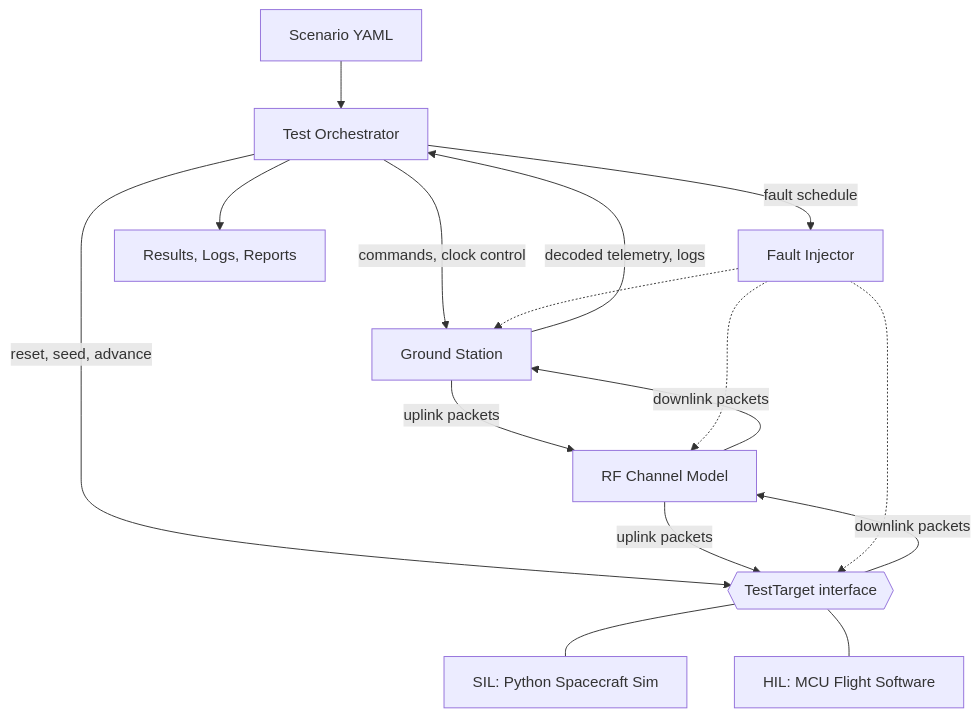
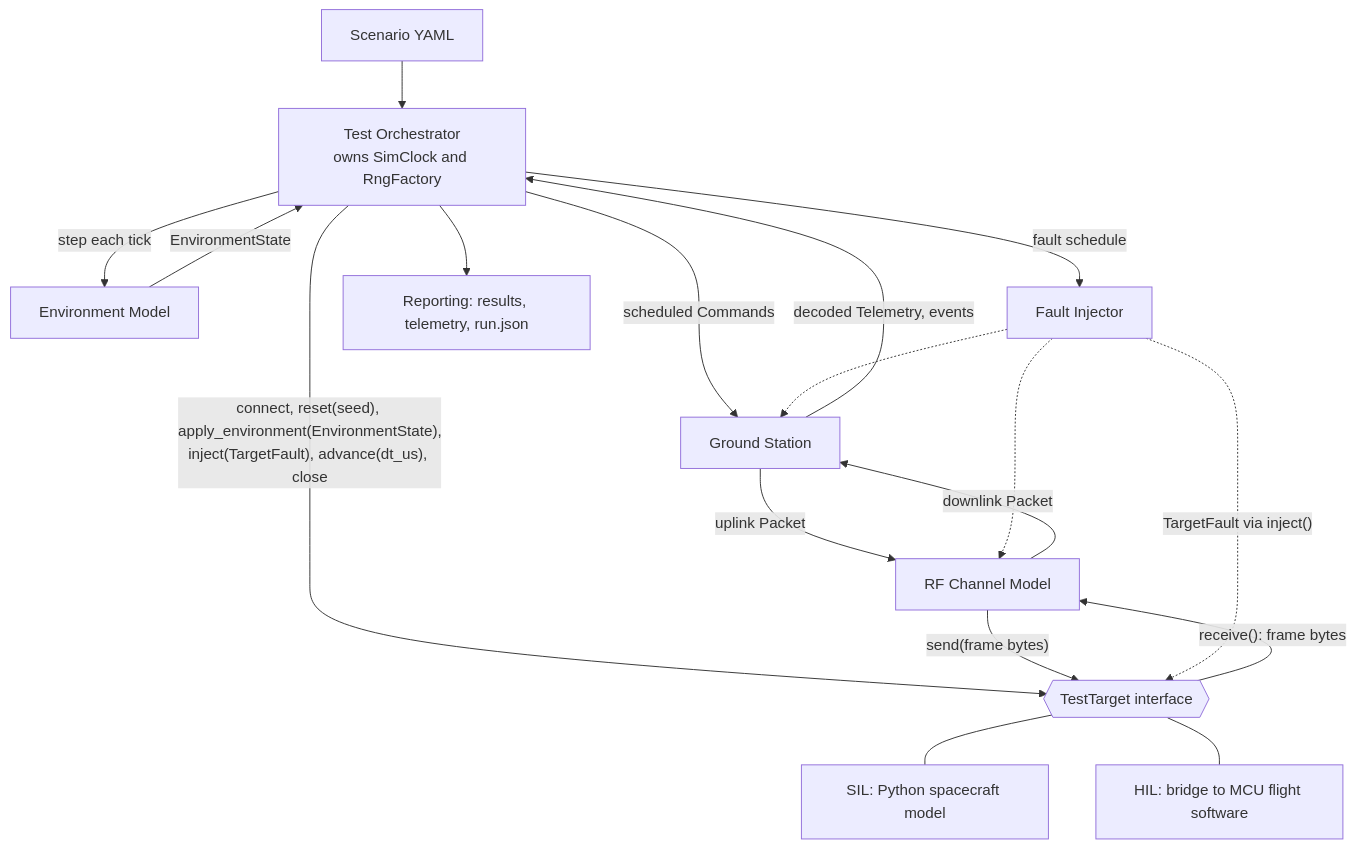
One commit to solaranoir/pocketsat-testlab changed the first of 3 diagrams in docs/architecture.md. Above: the diagram before and after it, drawn with Mermaid. The commit also changed other lines of this file, not shown here.

Commit message:
Add environment model and frame boundary to architecture doc

````diff
--- a/docs/architecture.md
+++ b/docs/architecture.md
@@ -21,22 +21,24 @@
 ```mermaid
 flowchart TB
-    SC[Scenario YAML] --> ORCH[Test Orchestrator]
-    ORCH -->|commands, clock control| GS[Ground Station]
+    SC[Scenario YAML] --> ORCH[Test Orchestrator<br/>owns SimClock and RngFactory]
+    ORCH -->|step each tick| ENV[Environment Model]
+    ENV -->|EnvironmentState| ORCH
+    ORCH -->|scheduled Commands| GS[Ground Station]
     ORCH -->|fault schedule| FI[Fault Injector]
-    ORCH -->|reset, seed, advance| TGT{{TestTarget interface}}
+    ORCH -->|"connect, reset(seed), apply_environment(EnvironmentState),<br/>inject(TargetFault), advance(dt_us), close"| TGT{{TestTarget interface}}
 
-    GS -->|uplink packets| RF[RF Channel Model]
-    RF -->|uplink packets| TGT
-    TGT -->|downlink packets| RF
-    RF -->|downlink packets| GS
-    GS -->|decoded telemetry, logs| ORCH
+    GS -->|uplink Packet| RF[RF Channel Model]
+    RF -->|"send(frame bytes)"| TGT
+    TGT -->|"receive(): frame bytes"| RF
+    RF -->|downlink Packet| GS
+    GS -->|decoded Telemetry, events| ORCH
 
-    TGT --- SIL[SIL: Python Spacecraft Sim]
-    TGT --- HIL[HIL: MCU Flight Software]
+    TGT --- SIL[SIL: Python spacecraft model]
+    TGT --- HIL[HIL: bridge to MCU flight software]
 
     FI -.-> RF
     FI -.-> GS
-    FI -.-> TGT
+    FI -.->|"TargetFault via inject()"| TGT
 
-    ORCH --> REP[Results, Logs, Reports]
+    ORCH --> REP[Reporting: results, telemetry, run.json]
 ```
````
